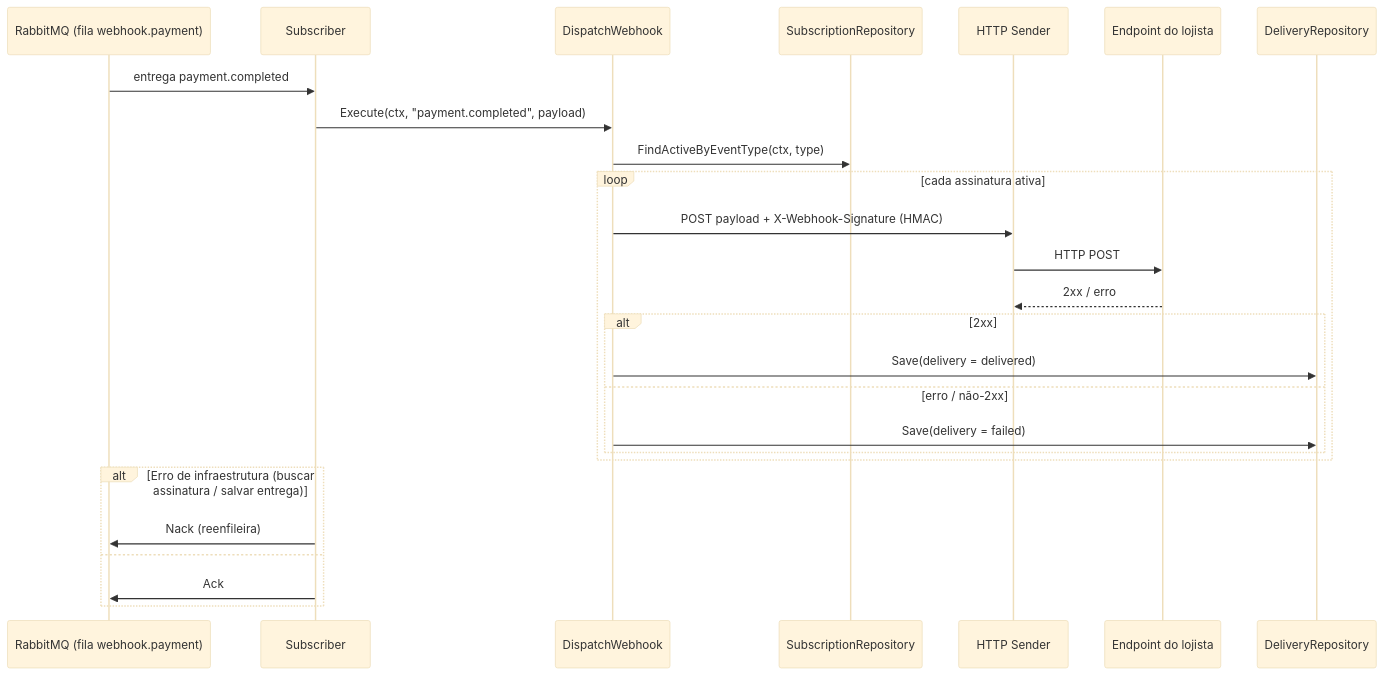
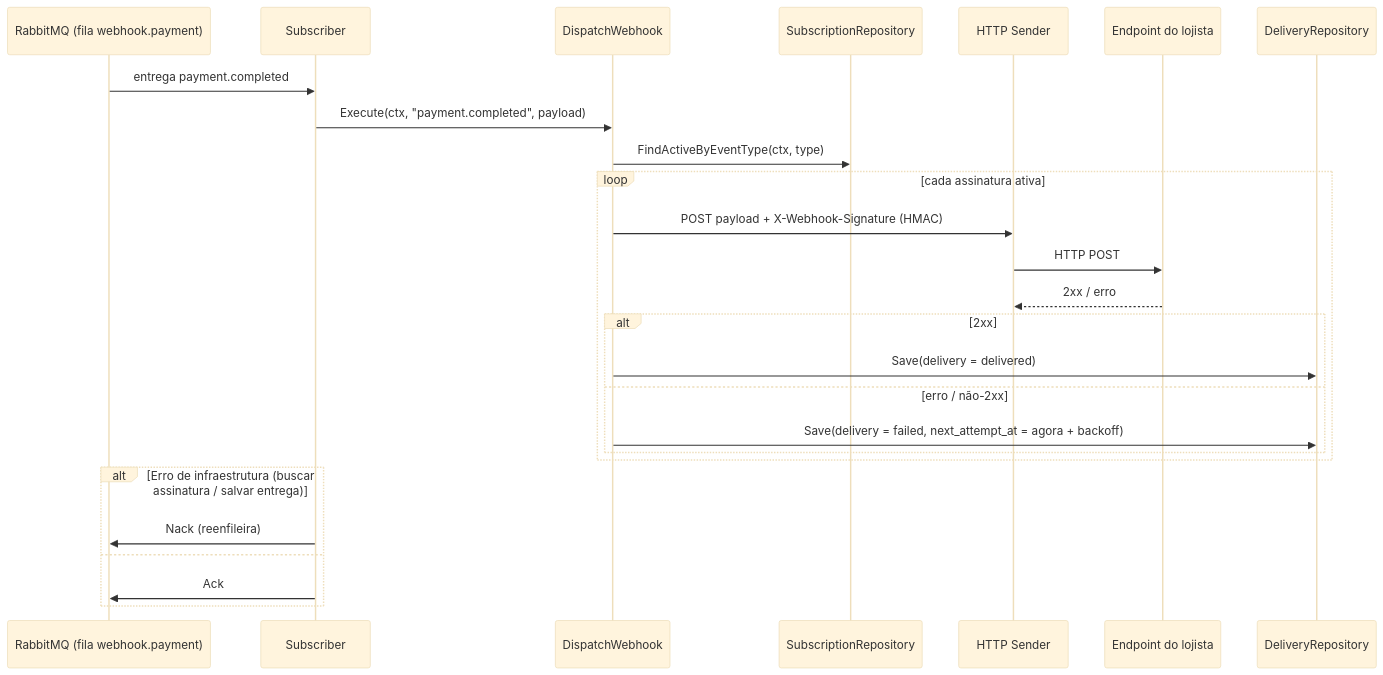
The sixth of 8 diagrams in README.md (VictordaSilvaf/payment_service), drawn with Mermaid (base theme) before and after one commit. The commit also changed other lines of this file and 15 other files, not shown here.

````diff
--- a/README.md
+++ b/README.md
@@ -317,29 +317,29 @@
 ```mermaid
 sequenceDiagram
     participant RMQ as RabbitMQ (fila webhook.payment)
     participant Sub as Subscriber
     participant UC as DispatchWebhook
     participant SubsRepo as SubscriptionRepository
     participant Sender as HTTP Sender
     participant Merchant as Endpoint do lojista
     participant DelRepo as DeliveryRepository
 
     RMQ->>Sub: entrega payment.completed
     Sub->>UC: Execute(ctx, "payment.completed", payload)
     UC->>SubsRepo: FindActiveByEventType(ctx, type)
     loop cada assinatura ativa
         UC->>Sender: POST payload + X-Webhook-Signature (HMAC)
         Sender->>Merchant: HTTP POST
         Merchant-->>Sender: 2xx / erro
         alt 2xx
             UC->>DelRepo: Save(delivery = delivered)
         else erro / não-2xx
-            UC->>DelRepo: Save(delivery = failed)
+            UC->>DelRepo: Save(delivery = failed, next_attempt_at = agora + backoff)
         end
     end
     alt Erro de infraestrutura (buscar assinatura / salvar entrega)
         Sub->>RMQ: Nack (reenfileira)
     else
         Sub->>RMQ: Ack
     end
 ```
````
